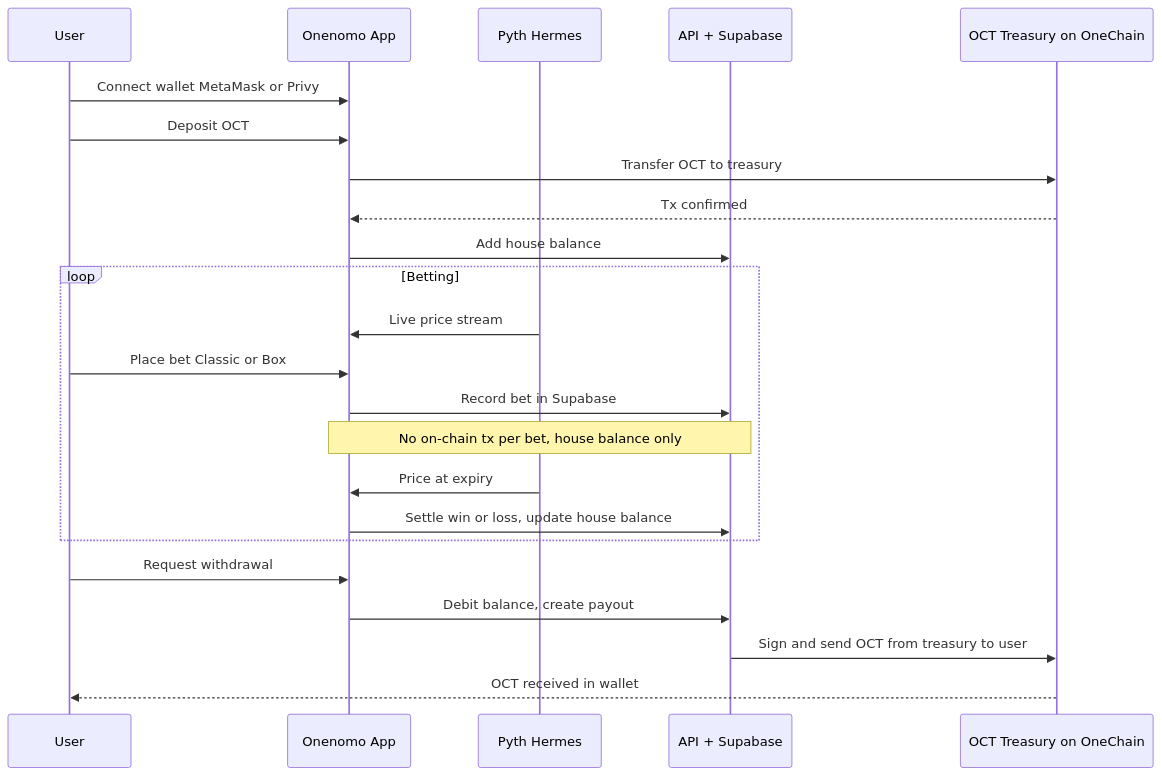
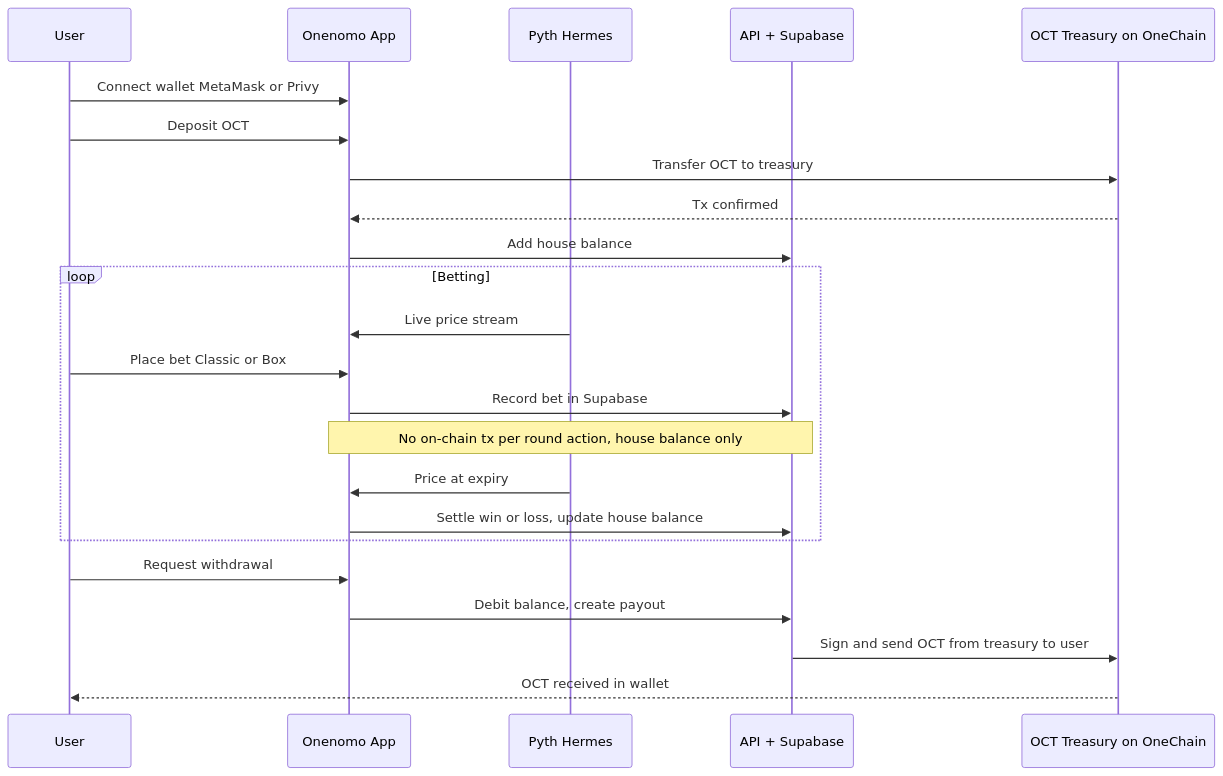
Before and after one commit to AmaanSayyad/Onenomo: the third of 4 diagrams in README.md, drawn with Mermaid. The commit also changed other lines of this file and 18 other files, not shown here.

````diff
--- a/README.md
+++ b/README.md
@@ -201,28 +228,28 @@
 ```mermaid
 sequenceDiagram
     participant U as User
     participant App as Onenomo App
     participant P as Pyth Hermes
     participant API as API + Supabase
     participant OCT as OCT Treasury on OneChain
 
     U->>App: Connect wallet MetaMask or Privy
     U->>App: Deposit OCT
     App->>OCT: Transfer OCT to treasury
     OCT-->>App: Tx confirmed
     App->>API: Add house balance
 
     loop Betting
         P->>App: Live price stream
         U->>App: Place bet Classic or Box
         App->>API: Record bet in Supabase
-        Note over App,API: No on-chain tx per bet, house balance only
+        Note over App,API: No on-chain tx per round action, house balance only
         P->>App: Price at expiry
         App->>API: Settle win or loss, update house balance
     end
 
     U->>App: Request withdrawal
     App->>API: Debit balance, create payout
     API->>OCT: Sign and send OCT from treasury to user
     OCT-->>U: OCT received in wallet
 ```
````
